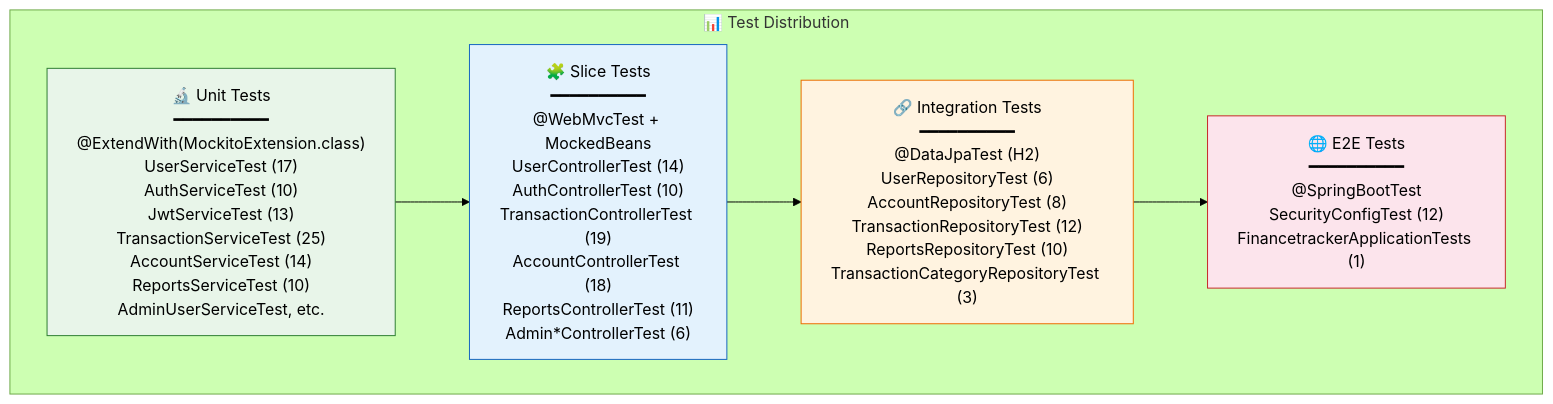
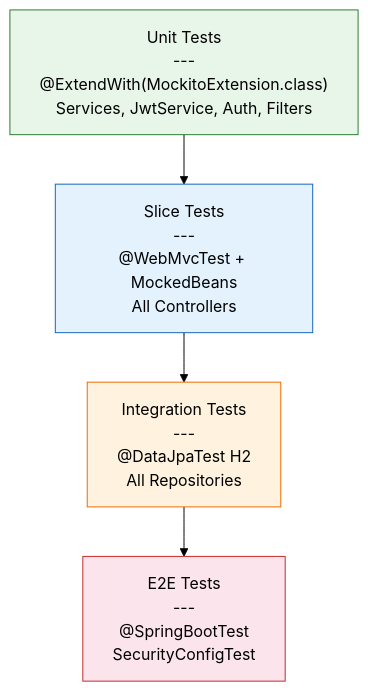
The sixth of 7 diagrams in README.md (johngech/finance-tracker-api), drawn with Mermaid (forest theme) before and after one commit. The commit also changed other lines of this file, not shown here.

````diff
--- a/README.md
+++ b/README.md
@@ -531,16 +583,14 @@
 ```mermaid
 graph TB
-    subgraph "📊 Test Distribution"
-        UNIT["🔬 Unit Tests<br/>━━━━━━━━━━<br/>@ExtendWith(MockitoExtension.class)<br/>UserServiceTest (17)<br/>AuthServiceTest (10)<br/>JwtServiceTest (13)<br/>TransactionServiceTest (25)<br/>AccountServiceTest (14)<br/>ReportsServiceTest (10)<br/>AdminUserServiceTest, etc."]
-        SLICE["🧩 Slice Tests<br/>━━━━━━━━━━<br/>@WebMvcTest + MockedBeans<br/>UserControllerTest (14)<br/>AuthControllerTest (10)<br/>TransactionControllerTest (19)<br/>AccountControllerTest (18)<br/>ReportsControllerTest (11)<br/>Admin*ControllerTest (6)"]
-        INTEG["🔗 Integration Tests<br/>━━━━━━━━━━<br/>@DataJpaTest (H2)<br/>UserRepositoryTest (6)<br/>AccountRepositoryTest (8)<br/>TransactionRepositoryTest (12)<br/>ReportsRepositoryTest (10)<br/>TransactionCategoryRepositoryTest (3)"]
-        E2E["🌐 E2E Tests<br/>━━━━━━━━━━<br/>@SpringBootTest<br/>SecurityConfigTest (12)<br/>FinancetrackerApplicationTests (1)"]
-    end
+    UNIT["Unit Tests<br/>---<br/>@ExtendWith(MockitoExtension.class)<br/>Services, JwtService, Auth, Filters"]
+    SLICE["Slice Tests<br/>---<br/>@WebMvcTest + MockedBeans<br/>All Controllers"]
+    INTEG["Integration Tests<br/>---<br/>@DataJpaTest H2<br/>All Repositories"]
+    E2E["E2E Tests<br/>---<br/>@SpringBootTest<br/>SecurityConfigTest"]
 
     UNIT --> SLICE --> INTEG --> E2E
 
     style UNIT fill:#e8f5e9,stroke:#2e7d32
     style SLICE fill:#e3f2fd,stroke:#1565c0
     style INTEG fill:#fff3e0,stroke:#ef6c00
     style E2E fill:#fce4ec,stroke:#c62828
 ```
````
